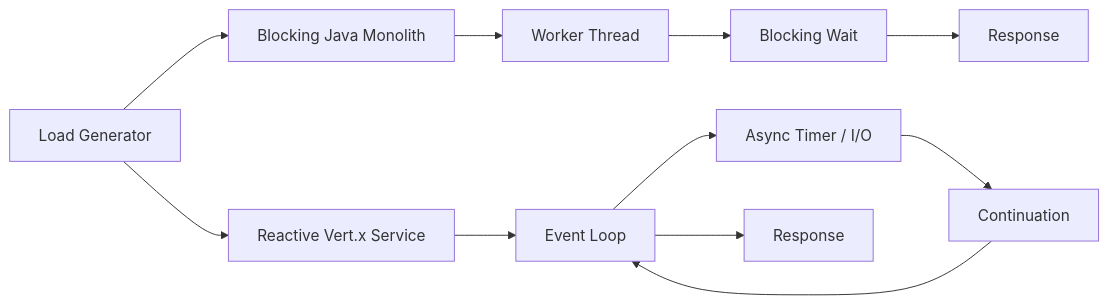
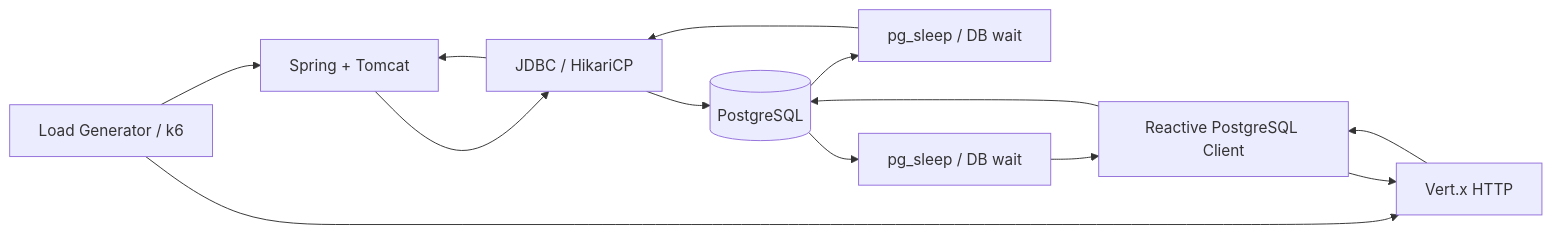
The first of 2 diagrams in diagrams/architecture.md (kalimisettypraneeth/legacy-java-to-reactive-vertx), drawn with Mermaid before and after one commit. The commit also changed other lines of this file, not shown here.

Commit message:
docs: update architecture for database-backed experiment

````diff
--- a/diagrams/architecture.md
+++ b/diagrams/architecture.md
@@ -3,15 +5,18 @@
-```mermaid
+~~~mermaid
 flowchart LR
-    L[Load Generator] --> B[Blocking Java Monolith]
-    L --> R[Reactive Vert.x Service]
+    L[Load Generator / k6] --> B[Spring + Tomcat]
+    L --> R[Vert.x HTTP]
 
-    B --> BT[Worker Thread]
-    BT --> BI[Blocking Wait]
-    BI --> BR[Response]
+    B --> J[JDBC / HikariCP]
+    J --> P[(PostgreSQL)]
+    P --> S1[pg_sleep / DB wait]
+    S1 --> J
 
-    R --> EV[Event Loop]
-    EV --> T[Async Timer / I/O]
-    T --> RR[Continuation]
-    RR --> EV
-    EV --> RSP[Response]
-```
+    R --> V[Reactive PostgreSQL Client]
+    V --> P
+    P --> S2[pg_sleep / DB wait]
+    S2 --> V
+
+    J --> B
+    V --> R
+~~~
````
